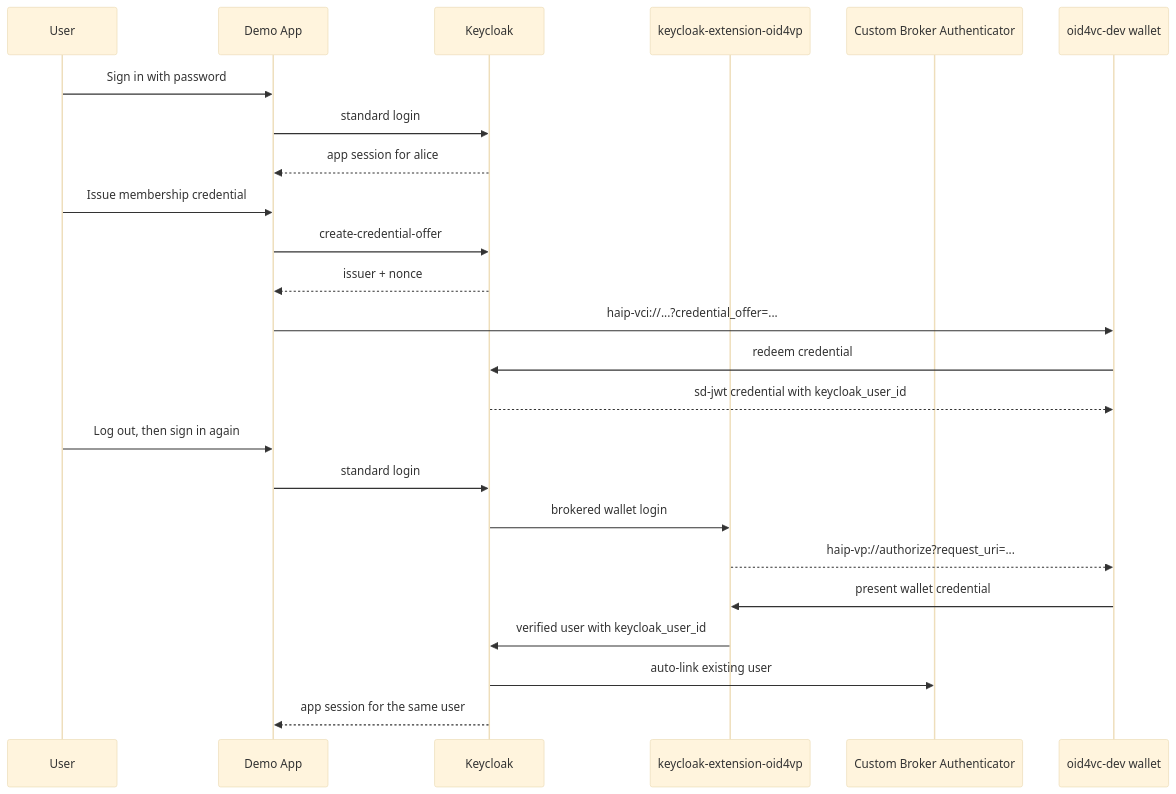
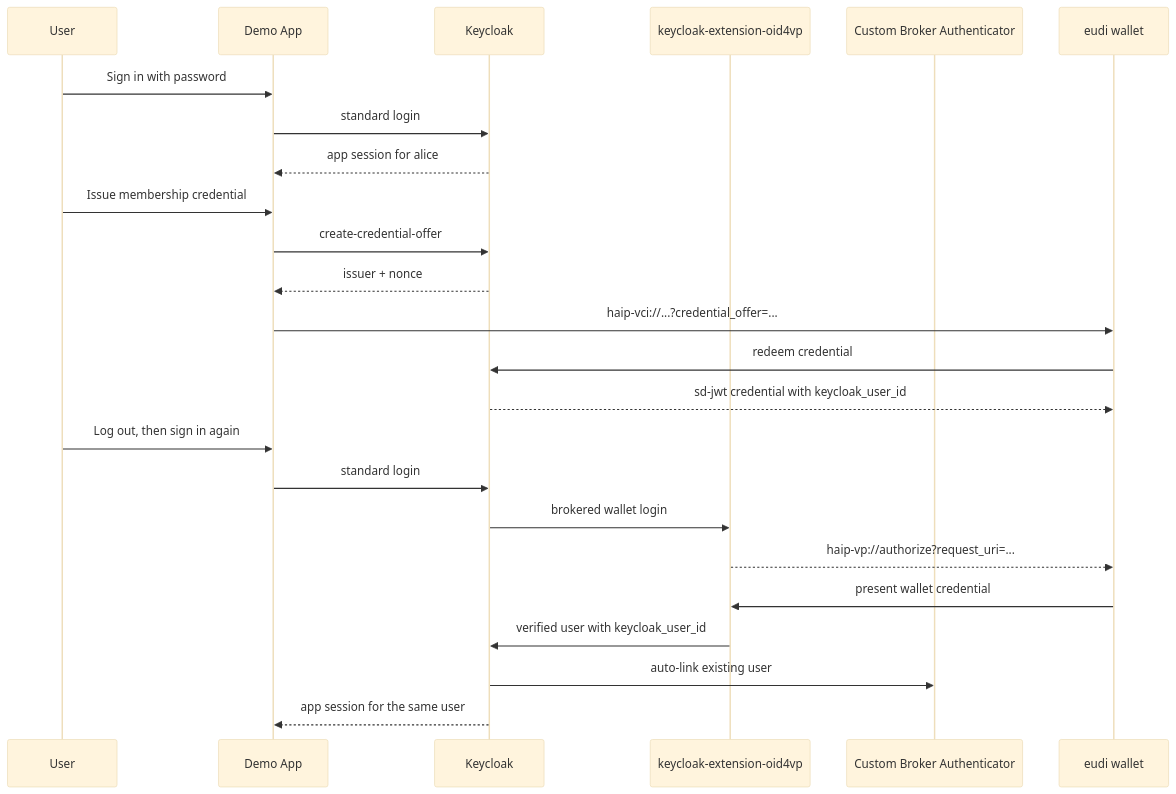
One commit to dominikschlosser/eudi-dev changed the first of 3 diagrams in examples/keycloak-issuer-verifier-app/README.md. Above: the diagram before and after it, drawn with Mermaid (base theme). The commit also changed other lines of this file and 174 other files, not shown here.

Commit message:
feat: rename to eudi-dev while still supporting oid4vc-dev everywhere

````diff
--- a/examples/keycloak-issuer-verifier-app/README.md
+++ b/examples/keycloak-issuer-verifier-app/README.md
@@ -38,28 +38,28 @@
 ```mermaid
 sequenceDiagram
     participant U as User
     participant APP as Demo App
     participant KC as Keycloak
     participant EXT as keycloak-extension-oid4vp
     participant BROKER as Custom Broker Authenticator
-    participant W as oid4vc-dev wallet
+    participant W as eudi wallet
 
     U->>APP: Sign in with password
     APP->>KC: standard login
     KC-->>APP: app session for alice
     U->>APP: Issue membership credential
     APP->>KC: create-credential-offer
     KC-->>APP: issuer + nonce
     APP->>W: haip-vci://...?credential_offer=...
     W->>KC: redeem credential
     KC-->>W: sd-jwt credential with keycloak_user_id
 
     U->>APP: Log out, then sign in again
     APP->>KC: standard login
     KC->>EXT: brokered wallet login
     EXT-->>W: haip-vp://authorize?request_uri=...
     W->>EXT: present wallet credential
     EXT->>KC: verified user with keycloak_user_id
     KC->>BROKER: auto-link existing user
     KC-->>APP: app session for the same user
 ```
````
